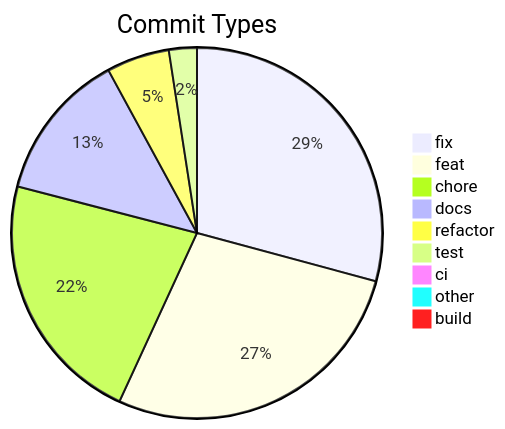
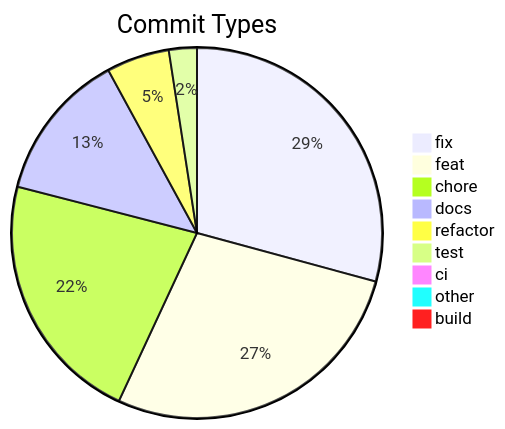
The diagram in .shipwright/compliance/change-history.md (svenroth-ai/shipwright), drawn with Mermaid before and after one commit. The commit also changed other lines of this file and 16 other files, not shown here.

````diff
--- a/.shipwright/compliance/change-history.md
+++ b/.shipwright/compliance/change-history.md
@@ -8,12 +8,12 @@
 ```mermaid
 pie title Commit Types
     "fix" : 287
     "feat" : 272
-    "chore" : 218
+    "chore" : 217
     "docs" : 128
     "refactor" : 54
     "test" : 24
     "ci" : 7
     "other" : 7
     "build" : 1
 ```
````
